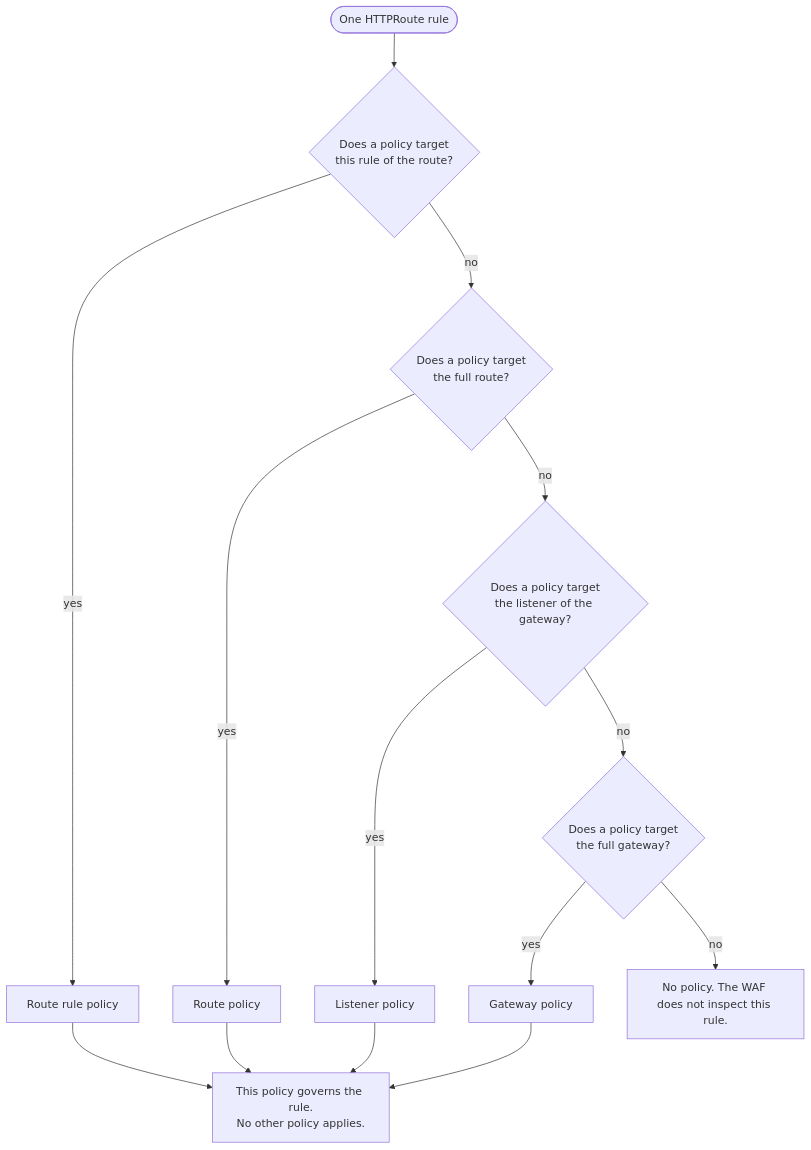
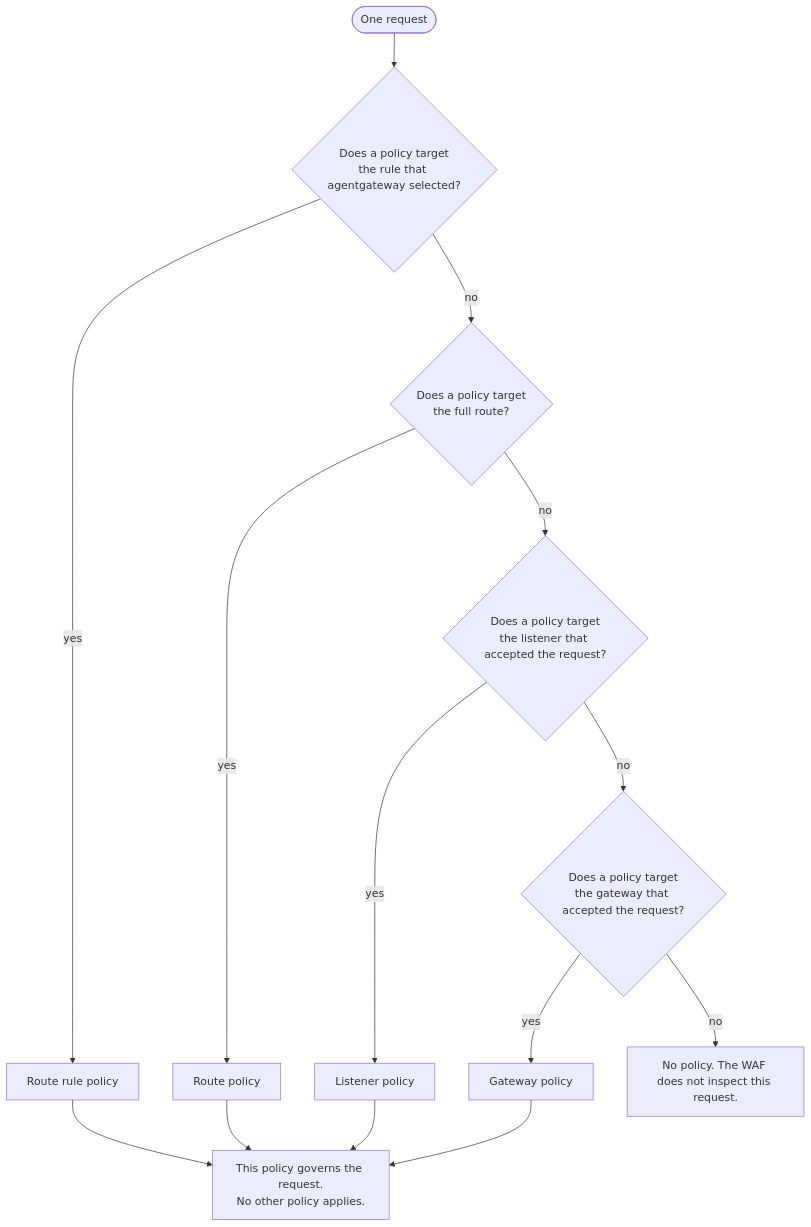
Before and after one commit to kubewarden/gateway-protector: the first of 3 diagrams in docs/rfc/0001-project-purpose.md, drawn with Mermaid. The commit also changed other lines of this file and 53 other files, not shown here.

````diff
--- a/docs/rfc/0001-project-purpose.md
+++ b/docs/rfc/0001-project-purpose.md
@@ -355,16 +358,16 @@
 ```mermaid
 flowchart TD
-    start(["One HTTPRoute rule"]) --> l1{"Does a policy target<br/>this rule of the route?"}
+    start(["One request"]) --> l1{"Does a policy target<br/>the rule that agentgateway selected?"}
     l1 -->|"yes"| p1["Route rule policy"]
     l1 -->|"no"| l2{"Does a policy target<br/>the full route?"}
     l2 -->|"yes"| p2["Route policy"]
-    l2 -->|"no"| l3{"Does a policy target<br/>the listener of the gateway?"}
+    l2 -->|"no"| l3{"Does a policy target<br/>the listener that accepted the request?"}
     l3 -->|"yes"| p3["Listener policy"]
-    l3 -->|"no"| l4{"Does a policy target<br/>the full gateway?"}
+    l3 -->|"no"| l4{"Does a policy target<br/>the gateway that accepted the request?"}
     l4 -->|"yes"| p4["Gateway policy"]
-    l4 -->|"no"| none["No policy. The WAF does not inspect this rule."]
-    p1 --> out["This policy governs the rule.<br/>No other policy applies."]
+    l4 -->|"no"| none["No policy. The WAF does not inspect this request."]
+    p1 --> out["This policy governs the request.<br/>No other policy applies."]
     p2 --> out
     p3 --> out
     p4 --> out
 ```
````
